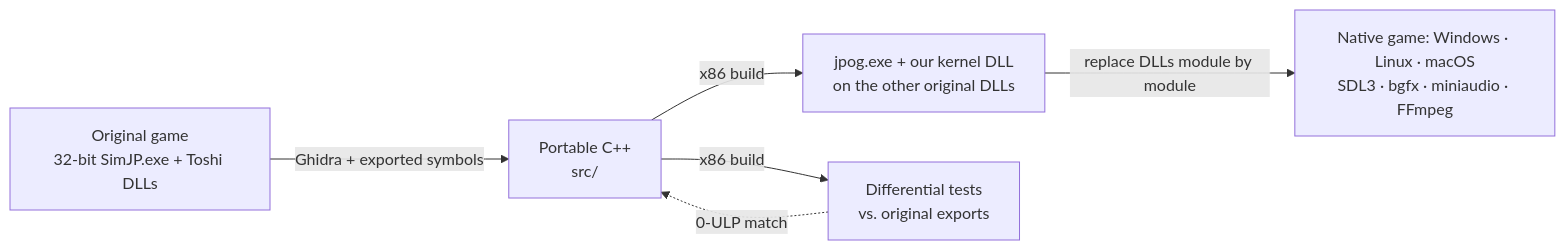
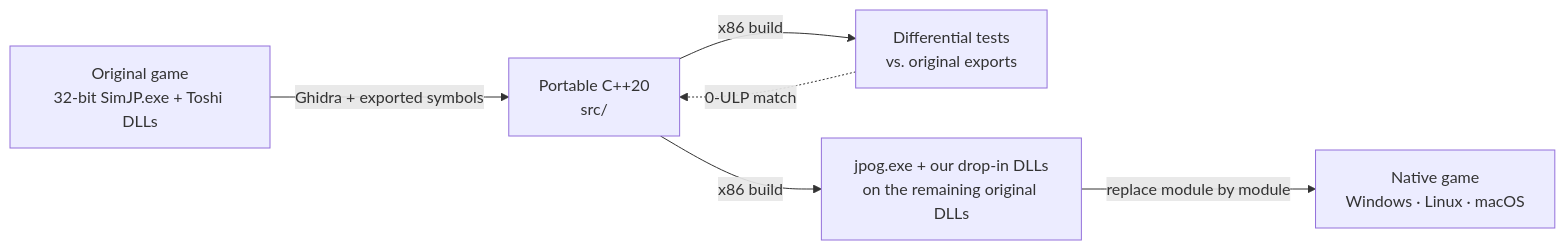
The diagram in README.md (Voikanaa/jpog-decomp), drawn with Mermaid before and after one commit. The commit also changed other lines of this file and 6 other files, not shown here.

````diff
--- a/README.md
+++ b/README.md
@@ -41,8 +52,8 @@
 ```mermaid
 flowchart LR
-    A["Original game<br/>32-bit SimJP.exe + Toshi DLLs"] -->|"Ghidra + exported symbols"| B["Portable C++<br/>src/"]
-    B -->|"x86 build"| C["jpog.exe + our kernel DLL<br/>on the other original DLLs"]
+    A["Original game<br/>32-bit SimJP.exe + Toshi DLLs"] -->|"Ghidra + exported symbols"| B["Portable C++20<br/>src/"]
     B -->|"x86 build"| T["Differential tests<br/>vs. original exports"]
     T -.->|"0-ULP match"| B
-    C -->|"replace DLLs module by module"| D["Native game: Windows · Linux · macOS<br/>SDL3 · bgfx · miniaudio · FFmpeg"]
+    B -->|"x86 build"| C["jpog.exe + our drop-in DLLs<br/>on the remaining original DLLs"]
+    C -->|"replace module by module"| D["Native game<br/>Windows · Linux · macOS"]
 ```
````
